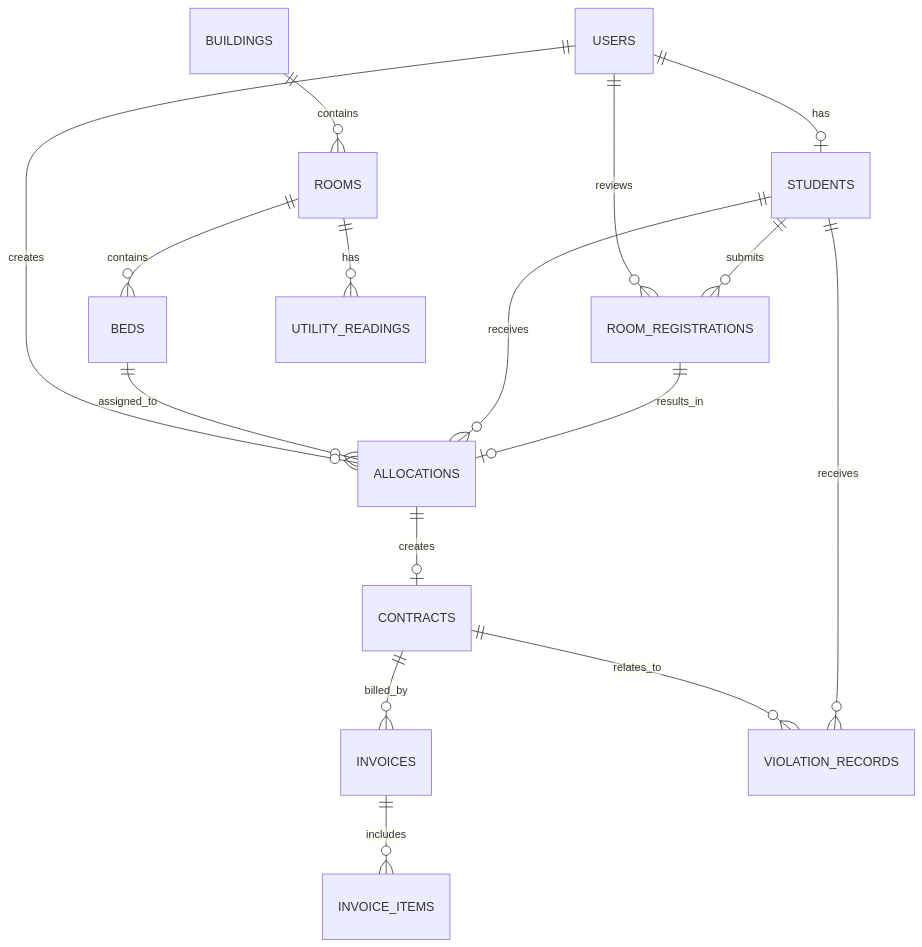
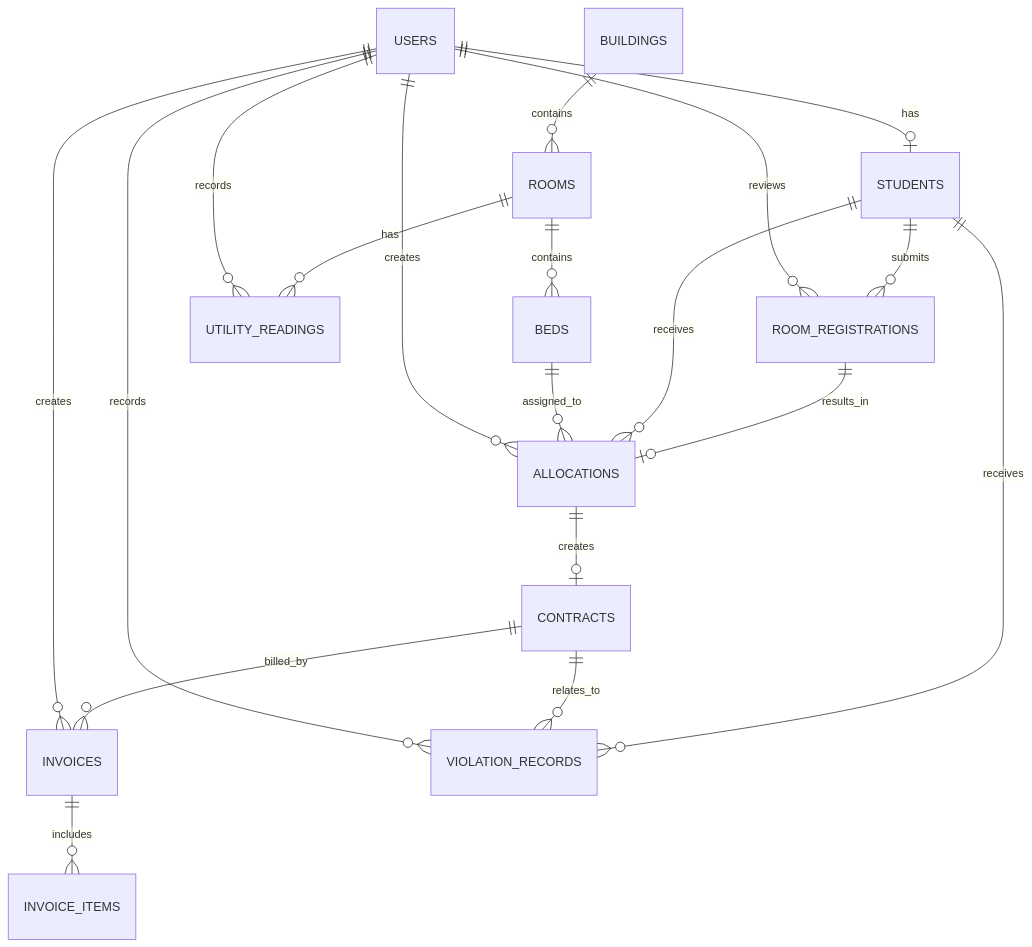
The diagram in docs/DATABASE_DESIGN.md (duchai-do/CSE485_TLU_NHOM8), drawn with Mermaid before and after one commit. The commit also changed other lines of this file and 1 other file, not shown here.

Commit message:
Add utility invoice feature

````diff
--- a/docs/DATABASE_DESIGN.md
+++ b/docs/DATABASE_DESIGN.md
@@ -16,18 +16,21 @@
 ```mermaid
 erDiagram
   USERS ||--o| STUDENTS : has
   BUILDINGS ||--o{ ROOMS : contains
   ROOMS ||--o{ BEDS : contains
   STUDENTS ||--o{ ROOM_REGISTRATIONS : submits
   USERS ||--o{ ROOM_REGISTRATIONS : reviews
   ROOM_REGISTRATIONS ||--o| ALLOCATIONS : results_in
   STUDENTS ||--o{ ALLOCATIONS : receives
   BEDS ||--o{ ALLOCATIONS : assigned_to
   USERS ||--o{ ALLOCATIONS : creates
   ALLOCATIONS ||--o| CONTRACTS : creates
   ROOMS ||--o{ UTILITY_READINGS : has
+  USERS ||--o{ UTILITY_READINGS : records
   CONTRACTS ||--o{ INVOICES : billed_by
+  USERS ||--o{ INVOICES : creates
   INVOICES ||--o{ INVOICE_ITEMS : includes
   STUDENTS ||--o{ VIOLATION_RECORDS : receives
   CONTRACTS ||--o{ VIOLATION_RECORDS : relates_to
+  USERS ||--o{ VIOLATION_RECORDS : records
 ```
````
